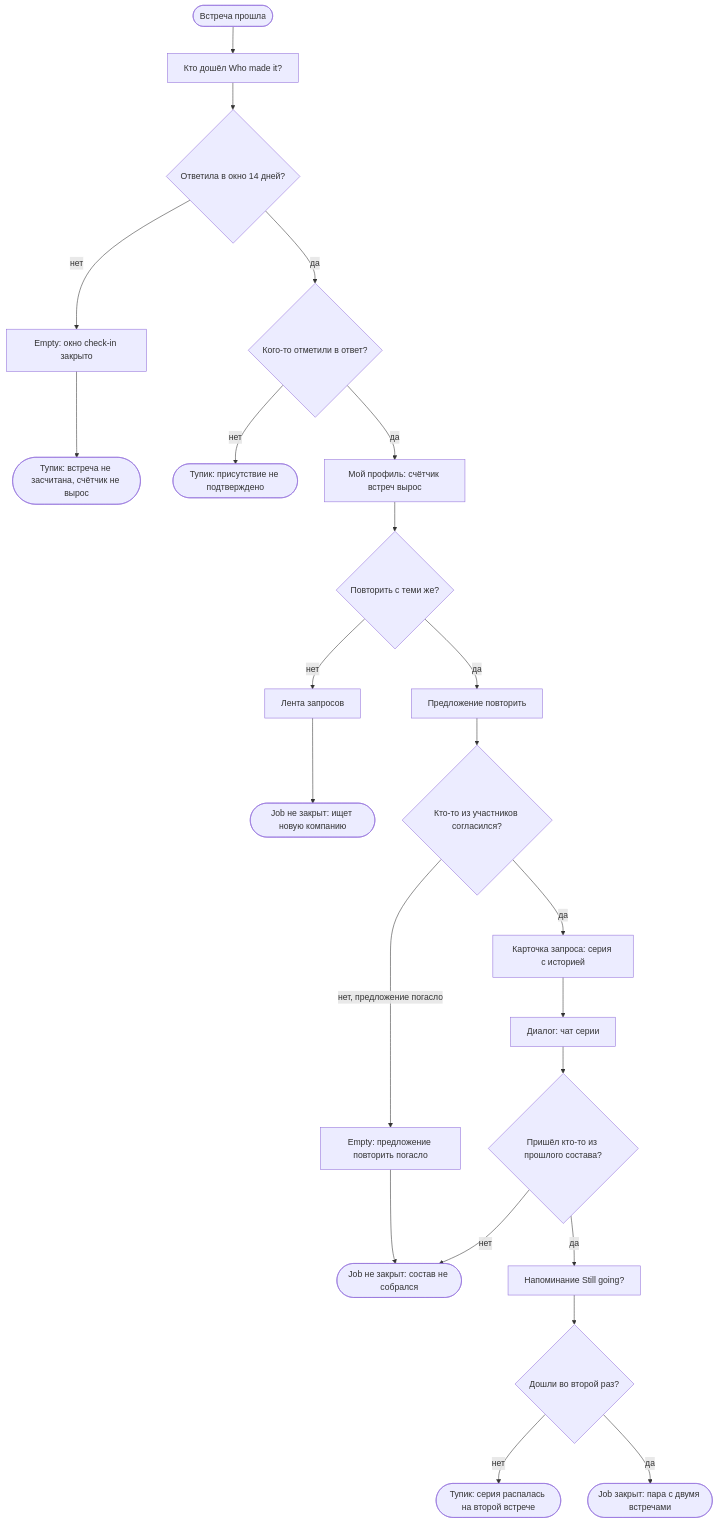
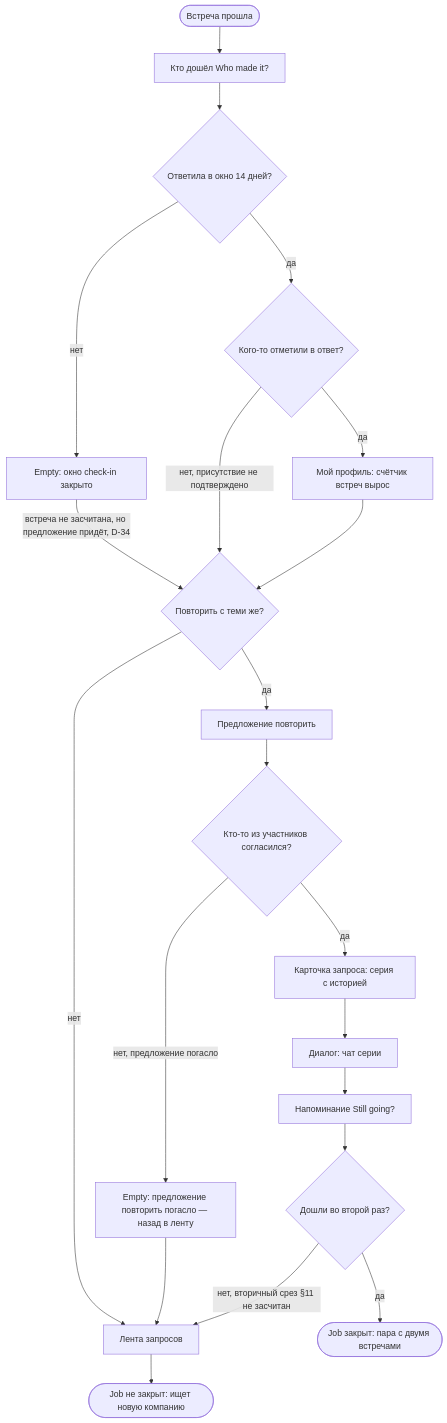
One commit to yulyaklim16-spec/meetmates changed the fourth of 5 diagrams in flows.md. Above: the diagram before and after it, drawn with Mermaid. The commit also changed other lines of this file, not shown here.

First line of the commit message:
Ф1: flows without dead ends that are really returns

````diff
--- a/flows.md
+++ b/flows.md
@@ -513,28 +548,26 @@
 ```mermaid
 flowchart TD
     Start([Встреча прошла]) --> WhoMade[Кто дошёл Who made it?]
     WhoMade --> InWindow{Ответила в окно 14 дней?}
     InWindow -->|нет| Closed["Empty: окно check-in закрыто"]
-    Closed --> StuckNotCounted(["Тупик: встреча не засчитана, счётчик не вырос"])
+    Closed -->|встреча не засчитана, но предложение придёт, D-34| WantAgain{Повторить с теми же?}
     InWindow -->|да| MarkedBack{Кого-то отметили в ответ?}
-    MarkedBack -->|нет| StuckNoProof(["Тупик: присутствие не подтверждено"])
+    MarkedBack -->|нет, присутствие не подтверждено| WantAgain
     MarkedBack -->|да| Profile["Мой профиль: счётчик встреч вырос"]
 
-    Profile --> WantAgain{Повторить с теми же?}
+    Profile --> WantAgain
     WantAgain -->|нет| Feed[Лента запросов]
     Feed --> NewSearch(["Job не закрыт: ищет новую компанию"])
     WantAgain -->|да| Offer[Предложение повторить]
 
     Offer --> AnyoneIn{Кто-то из участников согласился?}
-    AnyoneIn -->|нет, предложение погасло| OfferDead["Empty: предложение повторить погасло"]
-    OfferDead --> SameGone(["Job не закрыт: состав не собрался"])
+    AnyoneIn -->|нет, предложение погасло| OfferDead["Empty: предложение повторить погасло — назад в ленту"]
+    OfferDead --> Feed
     AnyoneIn -->|да| Series["Карточка запроса: серия с историей"]
     Series --> SeriesChat["Диалог: чат серии"]
-    SeriesChat --> FromBefore{Пришёл кто-то из прошлого состава?}
+    SeriesChat --> Remind[Напоминание Still going?]
 
-    FromBefore -->|нет| SameGone
-    FromBefore -->|да| Remind[Напоминание Still going?]
     Remind --> SecondTime{Дошли во второй раз?}
-    SecondTime -->|нет| StuckFellApart(["Тупик: серия распалась на второй встрече"])
+    SecondTime -->|нет, вторичный срез §11 не засчитан| Feed
     SecondTime -->|да| Win(["Job закрыт: пара с двумя встречами"])
 ```
````
